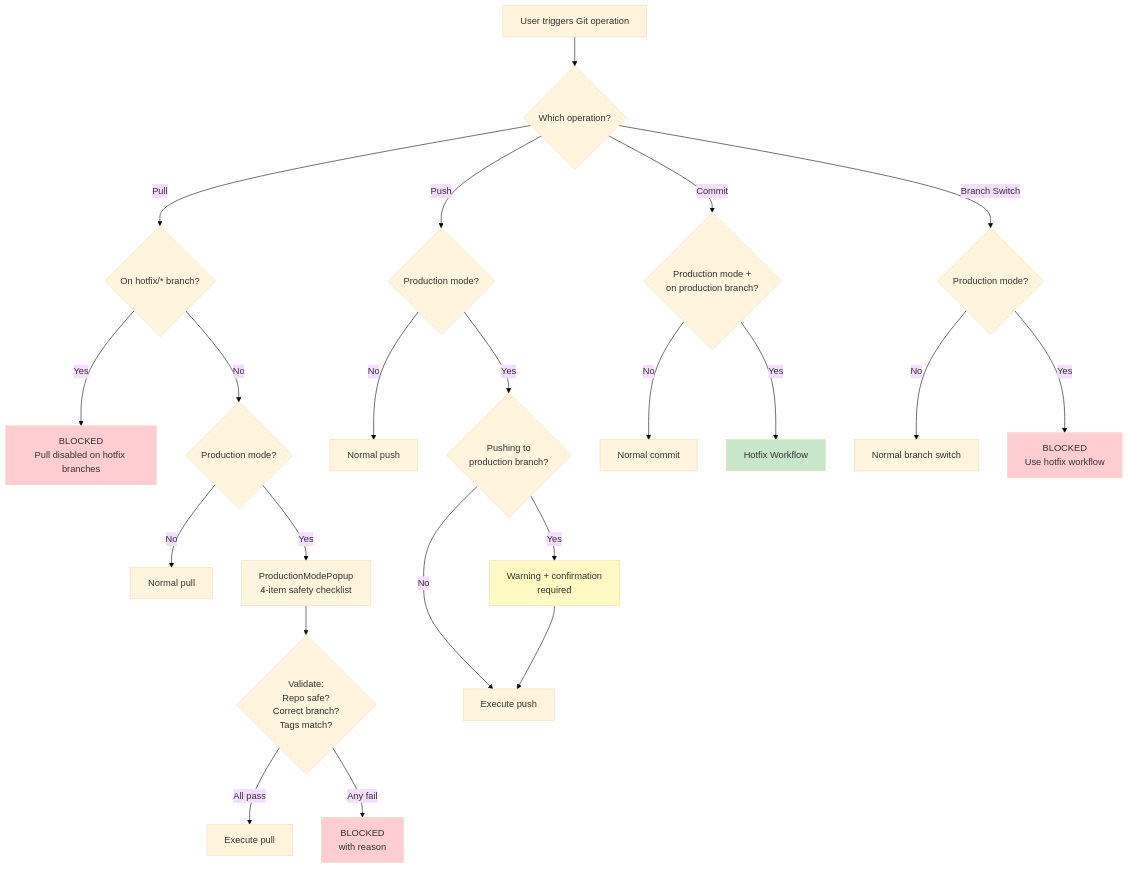
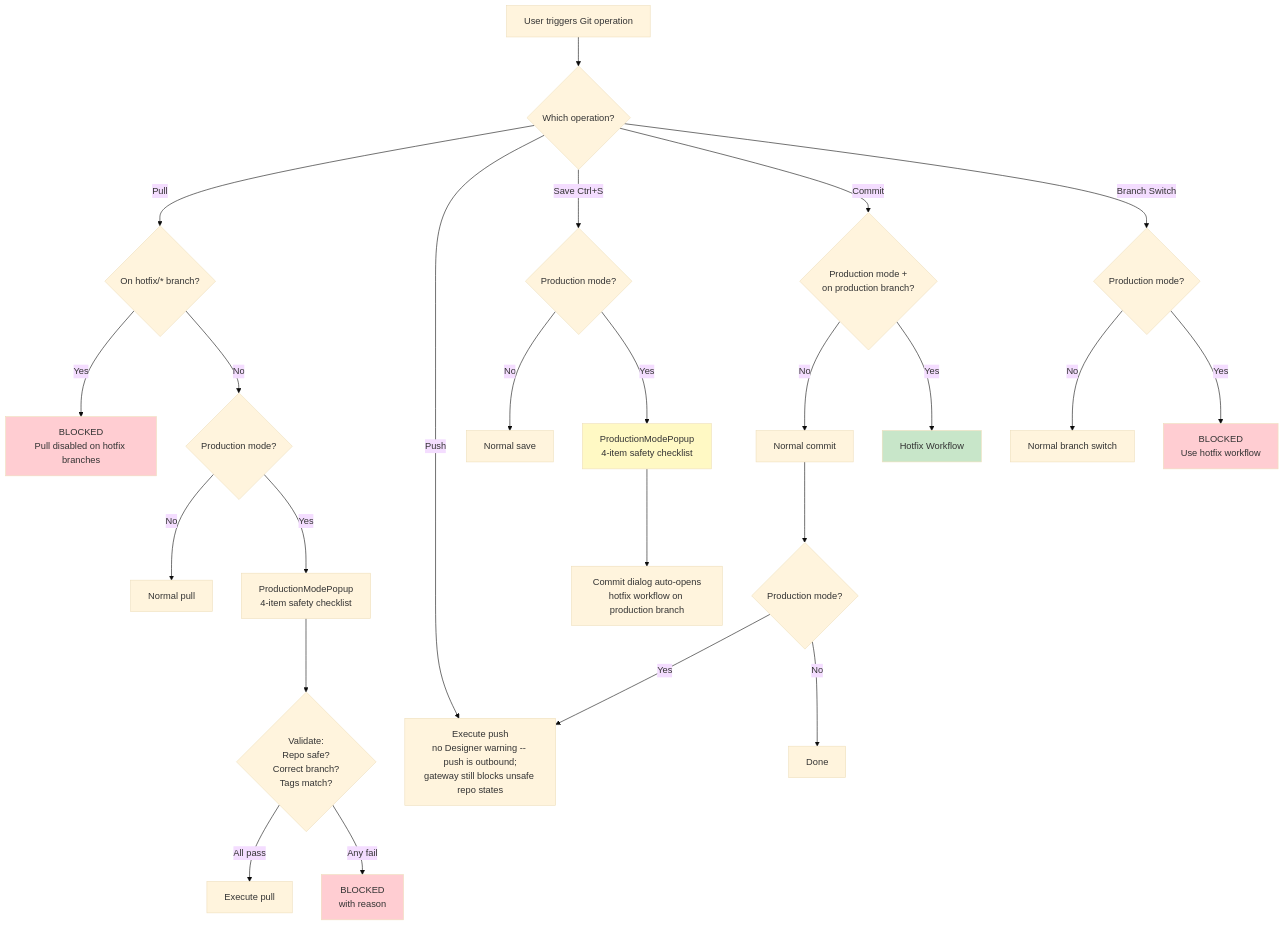
The second of 7 diagrams in docs/production-mode.md (WhiskeyHouse/ignition-git-module), drawn with Mermaid (base theme) before and after one commit. The commit also changed other lines of this file and 4 other files, not shown here.

First line of the commit message:
Production mode: warn at save time, auto-commit and auto-push (#33)

````diff
--- a/docs/production-mode.md
+++ b/docs/production-mode.md
@@ -103,34 +103,37 @@
 ```mermaid
 flowchart TD
     OP[User triggers Git operation] --> TYPE{Which operation?}
 
     TYPE -->|Pull| HOTFIX_CHECK_PULL{On hotfix/* branch?}
     HOTFIX_CHECK_PULL -->|Yes| BLOCK_PULL[BLOCKED<br/>Pull disabled on hotfix branches]
     HOTFIX_CHECK_PULL -->|No| PROD_CHECK_PULL{Production mode?}
     PROD_CHECK_PULL -->|No| NORMAL_PULL[Normal pull]
     PROD_CHECK_PULL -->|Yes| SAFETY[ProductionModePopup<br/>4-item safety checklist]
     SAFETY --> VALIDATE{Validate:<br/>Repo safe?<br/>Correct branch?<br/>Tags match?}
     VALIDATE -->|All pass| EXEC_PULL[Execute pull]
     VALIDATE -->|Any fail| BLOCK_VALIDATION[BLOCKED<br/>with reason]
 
-    TYPE -->|Push| PROD_CHECK_PUSH{Production mode?}
-    PROD_CHECK_PUSH -->|No| NORMAL_PUSH[Normal push]
-    PROD_CHECK_PUSH -->|Yes| PUSH_TARGET{Pushing to<br/>production branch?}
-    PUSH_TARGET -->|No| EXEC_PUSH[Execute push]
-    PUSH_TARGET -->|Yes| PUSH_WARN[Warning + confirmation<br/>required]
-    PUSH_WARN --> EXEC_PUSH
+    TYPE -->|Push| EXEC_PUSH[Execute push<br/>no Designer warning -- push is outbound;<br/>gateway still blocks unsafe repo states]
+
+    TYPE -->|Save Ctrl+S| PROD_CHECK_SAVE{Production mode?}
+    PROD_CHECK_SAVE -->|No| NORMAL_SAVE[Normal save]
+    PROD_CHECK_SAVE -->|Yes| SAVE_WARN[ProductionModePopup<br/>4-item safety checklist]
+    SAVE_WARN --> COMMIT_FLOW[Commit dialog auto-opens<br/>hotfix workflow on production branch]
 
     TYPE -->|Commit| PROD_CHECK_COMMIT{Production mode +<br/>on production branch?}
     PROD_CHECK_COMMIT -->|No| NORMAL_COMMIT[Normal commit]
     PROD_CHECK_COMMIT -->|Yes| HOTFIX[Hotfix Workflow]
+    NORMAL_COMMIT --> AUTO_PUSH{Production mode?}
+    AUTO_PUSH -->|Yes| EXEC_PUSH
+    AUTO_PUSH -->|No| COMMIT_DONE[Done]
 
     TYPE -->|Branch Switch| PROD_CHECK_BRANCH{Production mode?}
     PROD_CHECK_BRANCH -->|No| NORMAL_BRANCH[Normal branch switch]
     PROD_CHECK_BRANCH -->|Yes| BLOCK_BRANCH[BLOCKED<br/>Use hotfix workflow]
 
     style BLOCK_PULL fill:#FFCDD2
     style BLOCK_VALIDATION fill:#FFCDD2
     style BLOCK_BRANCH fill:#FFCDD2
     style HOTFIX fill:#C8E6C9
-    style PUSH_WARN fill:#FFF9C4
+    style SAVE_WARN fill:#FFF9C4
 ```
````
